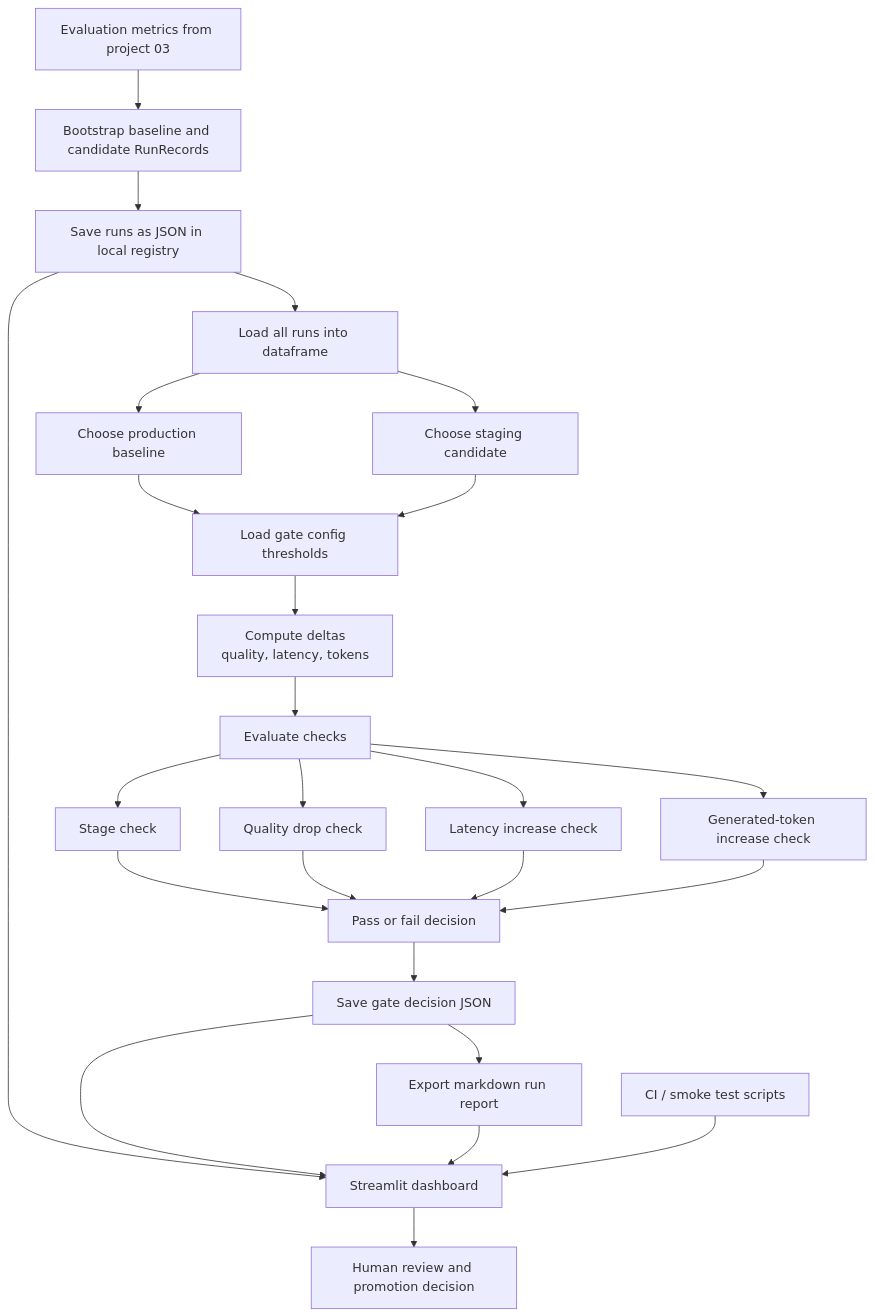
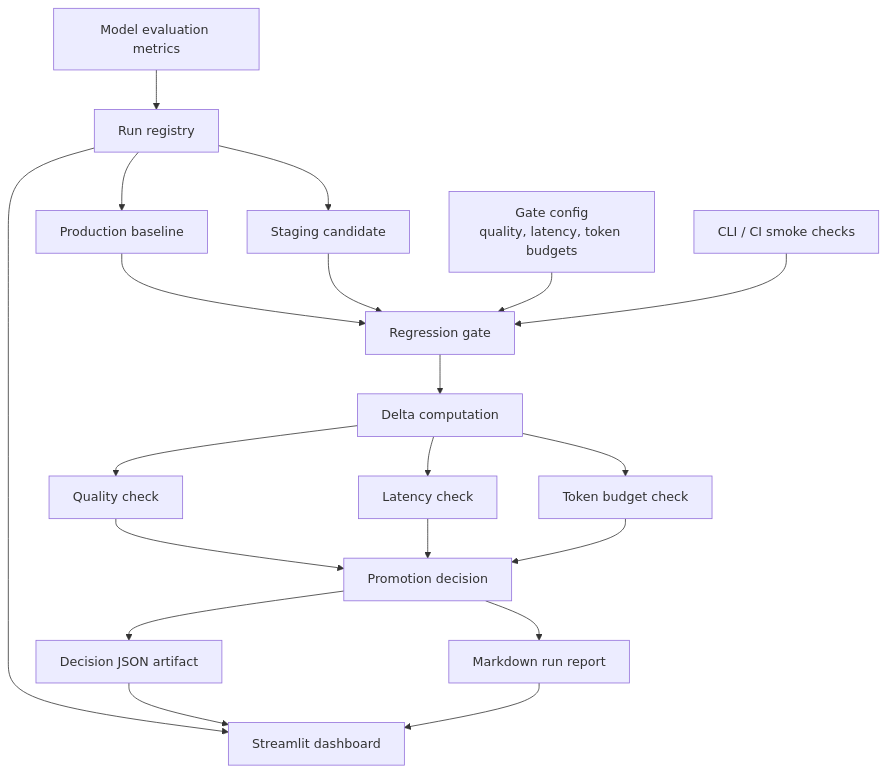
The diagram in README.md (msa-1988/llmops-experiment-tracker-and-regression-gate), drawn with Mermaid before and after one commit. The commit also changed other lines of this file and 3 other files, not shown here.

````diff
--- a/README.md
+++ b/README.md
@@ -42,33 +68,28 @@
 ```mermaid
 flowchart TD
-    A[Evaluation metrics from project 03] --> B[Bootstrap baseline and candidate RunRecords]
-    B --> C[Save runs as JSON in local registry]
+    A[Model evaluation metrics] --> B[Run registry]
+    B --> C[Production baseline]
+    B --> D[Staging candidate]
 
-    C --> D[Load all runs into dataframe]
-    D --> E[Choose production baseline]
-    D --> F[Choose staging candidate]
-    E --> G[Load gate config thresholds]
-    F --> G
+    C --> E[Regression gate]
+    D --> E
+    F[Gate config<br/>quality, latency, token budgets] --> E
 
-    G --> H[Compute deltas<br/>quality, latency, tokens]
-    H --> I[Evaluate checks]
-    I --> I1[Stage check]
-    I --> I2[Quality drop check]
-    I --> I3[Latency increase check]
-    I --> I4[Generated-token increase check]
+    E --> G[Delta computation]
+    G --> H[Quality check]
+    G --> I[Latency check]
+    G --> J[Token budget check]
 
-    I1 --> J[Pass or fail decision]
-    I2 --> J
-    I3 --> J
-    I4 --> J
+    H --> K[Promotion decision]
+    I --> K
+    J --> K
 
-    J --> K[Save gate decision JSON]
-    K --> L[Export markdown run report]
+    K --> L[Decision JSON artifact]
+    K --> M[Markdown run report]
 
-    C --> M[Streamlit dashboard]
-    K --> M
-    L --> M
-    M --> N[Human review and promotion decision]
+    B --> N[Streamlit dashboard]
+    L --> N
+    M --> N
 
-    O[CI / smoke test scripts] --> M
+    O[CLI / CI smoke checks] --> E
 ```
````
